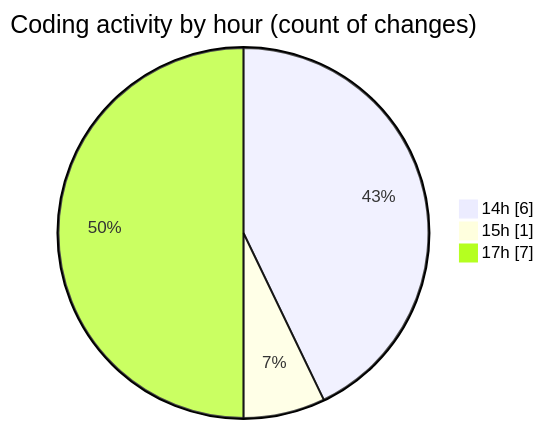
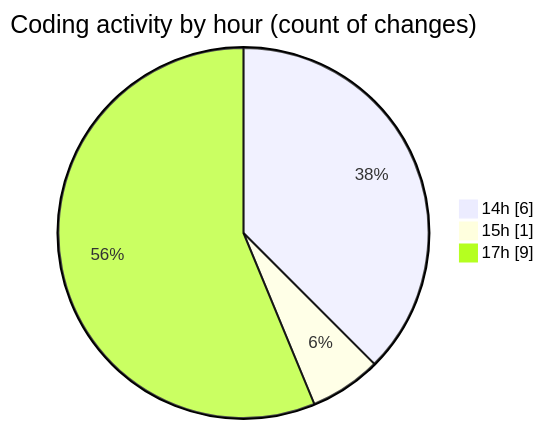
Before and after one commit to momahboobian/code-tracking: the second of 2 diagrams in 2025-12-08/cda/README.md, drawn with Mermaid. The commit also changed other lines of this file and 1 other file, not shown here.

````diff
--- a/2025-12-08/cda/README.md
+++ b/2025-12-08/cda/README.md
@@ -38,7 +39,7 @@
 ```mermaid
 pie showData
 title Coding activity by hour (count of changes)
 "14h" : 6
 "15h" : 1
-"17h" : 7
+"17h" : 9
 ```
````
